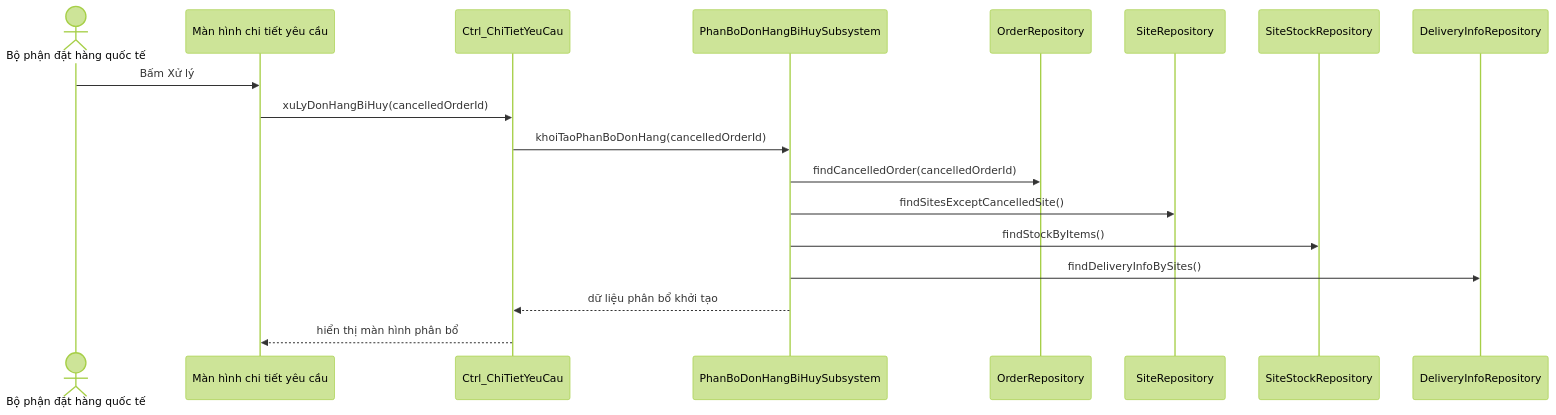
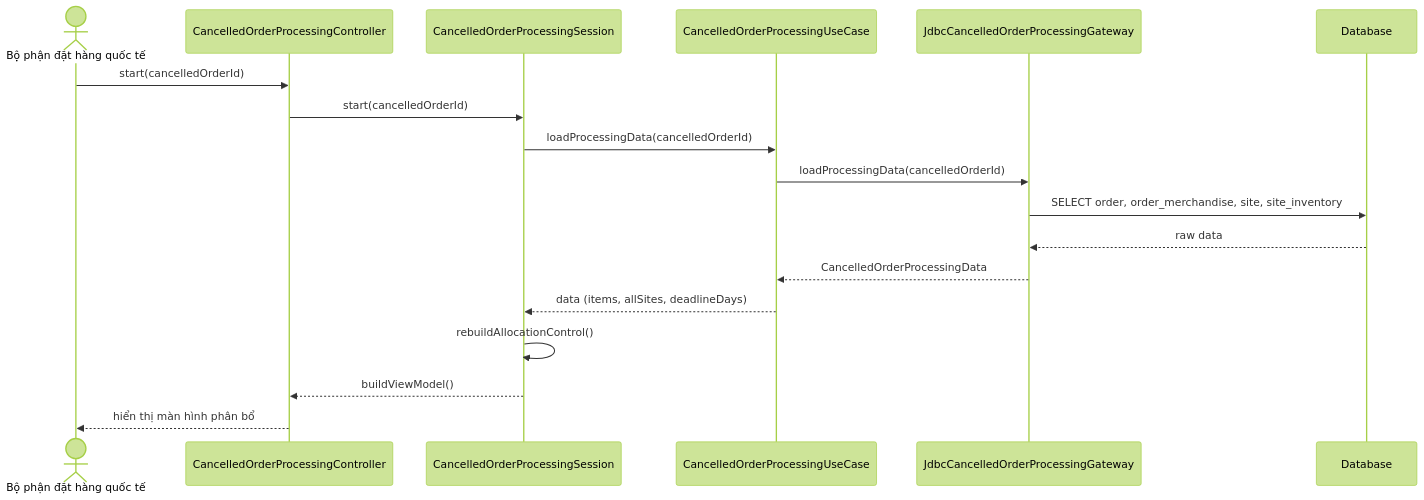
Before and after one commit to NeoCyber05/PRJ_ITSS: the fourth of 6 diagrams in usecase_xu_ly_don_hang_bi_huy.md, drawn with Mermaid (forest theme). The commit also changed other lines of this file and 26 other files, not shown here.

````diff
--- a/usecase_xu_ly_don_hang_bi_huy.md
+++ b/usecase_xu_ly_don_hang_bi_huy.md
@@ -661,21 +447,21 @@
 ```mermaid
 sequenceDiagram
     actor User as Bộ phận đặt hàng quốc tế
-    participant UI as Màn hình chi tiết yêu cầu
-    participant Ctrl as Ctrl_ChiTietYeuCau
-    participant Sub as PhanBoDonHangBiHuySubsystem
-    participant OrderRepo as OrderRepository
-    participant SiteRepo as SiteRepository
-    participant StockRepo as SiteStockRepository
-    participant DeliveryRepo as DeliveryInfoRepository
+    participant Ctrl as CancelledOrderProcessingController
+    participant Session as CancelledOrderProcessingSession
+    participant UseCase as CancelledOrderProcessingUseCase
+    participant Gateway as JdbcCancelledOrderProcessingGateway
+    participant DB as Database
 
-    User->>UI: Bấm Xử lý
-    UI->>Ctrl: xuLyDonHangBiHuy(cancelledOrderId)
-    Ctrl->>Sub: khoiTaoPhanBoDonHang(cancelledOrderId)
-    Sub->>OrderRepo: findCancelledOrder(cancelledOrderId)
-    Sub->>SiteRepo: findSitesExceptCancelledSite()
-    Sub->>StockRepo: findStockByItems()
-    Sub->>DeliveryRepo: findDeliveryInfoBySites()
-    Sub-->>Ctrl: dữ liệu phân bổ khởi tạo
-    Ctrl-->>UI: hiển thị màn hình phân bổ
+    User->>Ctrl: start(cancelledOrderId)
+    Ctrl->>Session: start(cancelledOrderId)
+    Session->>UseCase: loadProcessingData(cancelledOrderId)
+    UseCase->>Gateway: loadProcessingData(cancelledOrderId)
+    Gateway->>DB: SELECT order, order_merchandise, site, site_inventory
+    DB-->>Gateway: raw data
+    Gateway-->>UseCase: CancelledOrderProcessingData
+    UseCase-->>Session: data (items, allSites, deadlineDays)
+    Session->>Session: rebuildAllocationControl()
+    Session-->>Ctrl: buildViewModel()
+    Ctrl-->>User: hiển thị màn hình phân bổ
 ```
````
